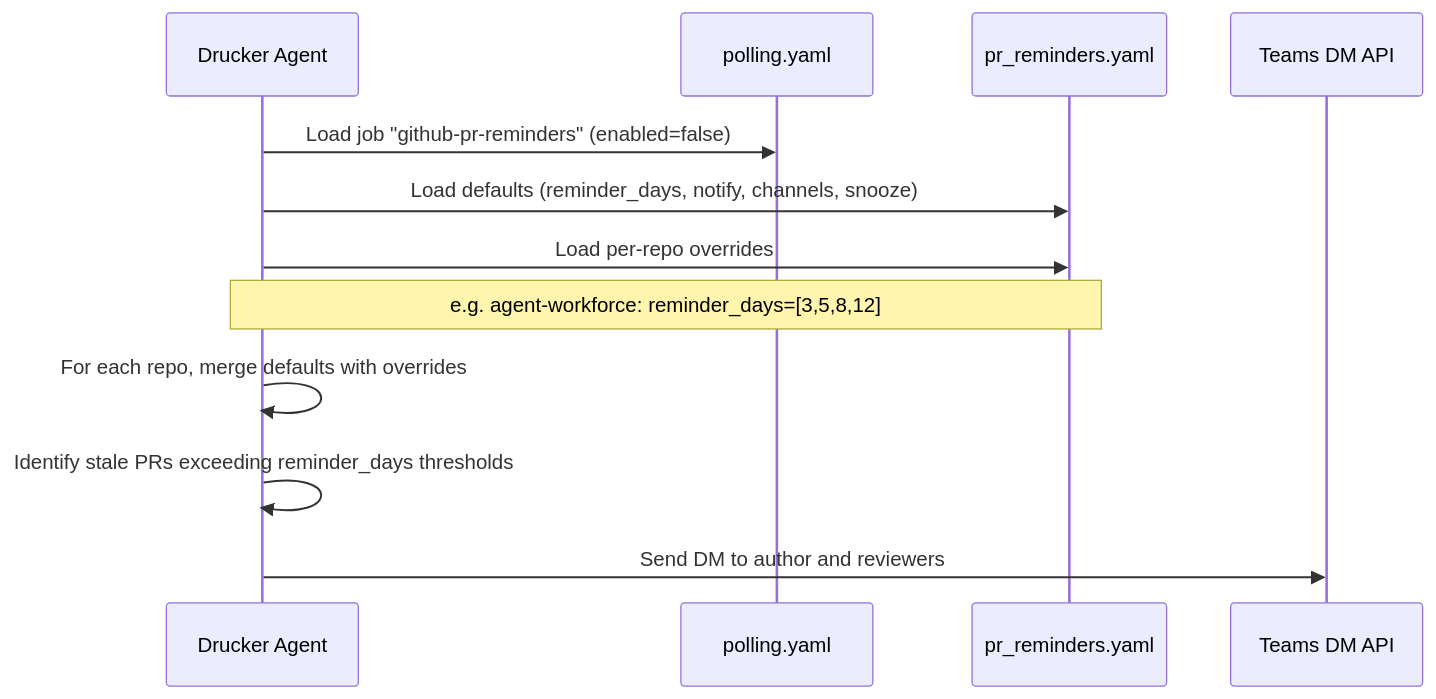
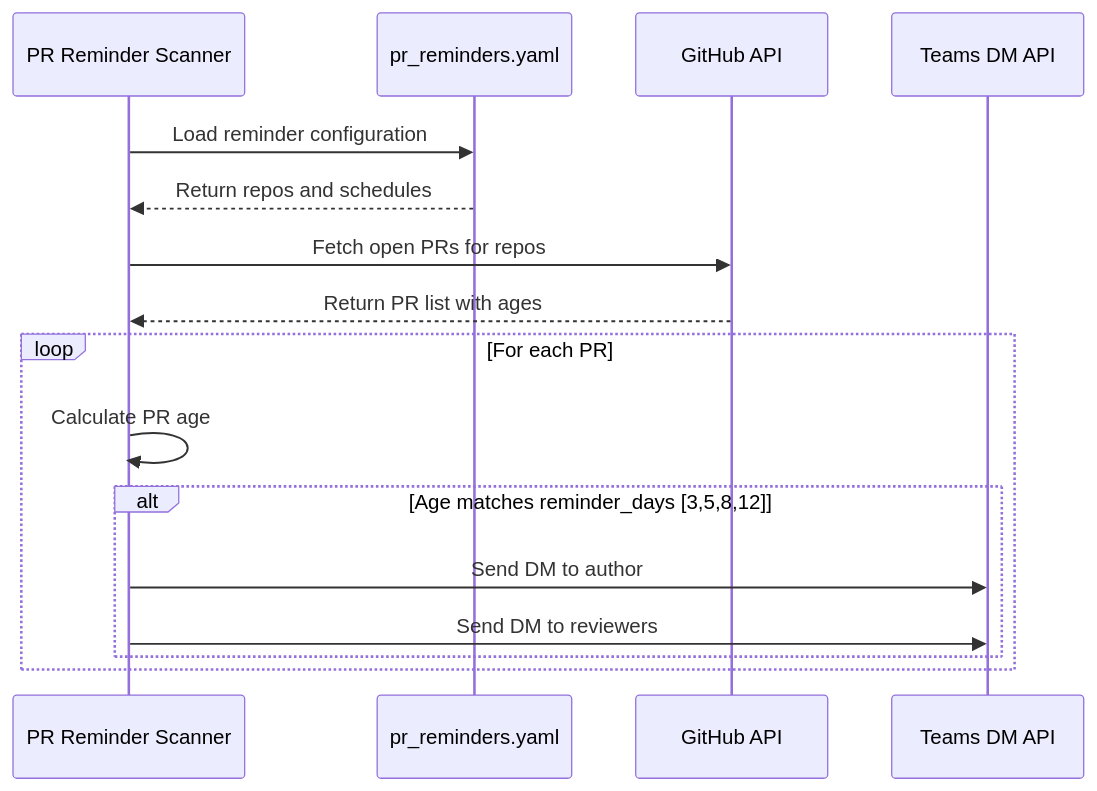
One commit to jmac-cornelis/agent-workforce changed the fourth of 4 diagrams in agents/drucker/docs/config.md. Above: the diagram before and after it, drawn with Mermaid. The commit also changed other lines of this file and 6 other files, not shown here.

````diff
--- a/agents/drucker/docs/config.md
+++ b/agents/drucker/docs/config.md
@@ -121,15 +100,19 @@
 ```mermaid
 sequenceDiagram
-    participant Agent as Drucker Agent
-    participant PY as polling.yaml
-    participant PR as pr_reminders.yaml
+    participant Scanner as PR Reminder Scanner
+    participant Config as pr_reminders.yaml
+    participant GitHub as GitHub API
     participant Teams as Teams DM API
-
-    Agent->>PY: Load job "github-pr-reminders" (enabled=false)
-    Agent->>PR: Load defaults (reminder_days, notify, channels, snooze)
-    Agent->>PR: Load per-repo overrides
-    Note over Agent,PR: e.g. agent-workforce: reminder_days=[3,5,8,12]
-    Agent->>Agent: For each repo, merge defaults with overrides
-    Agent->>Agent: Identify stale PRs exceeding reminder_days thresholds
-    Agent->>Teams: Send DM to author and reviewers
+    
+    Scanner->>Config: Load reminder configuration
+    Config-->>Scanner: Return repos and schedules
+    Scanner->>GitHub: Fetch open PRs for repos
+    GitHub-->>Scanner: Return PR list with ages
+    loop For each PR
+        Scanner->>Scanner: Calculate PR age
+        alt Age matches reminder_days [3,5,8,12]
+            Scanner->>Teams: Send DM to author
+            Scanner->>Teams: Send DM to reviewers
+        end
+    end
 ```
````
